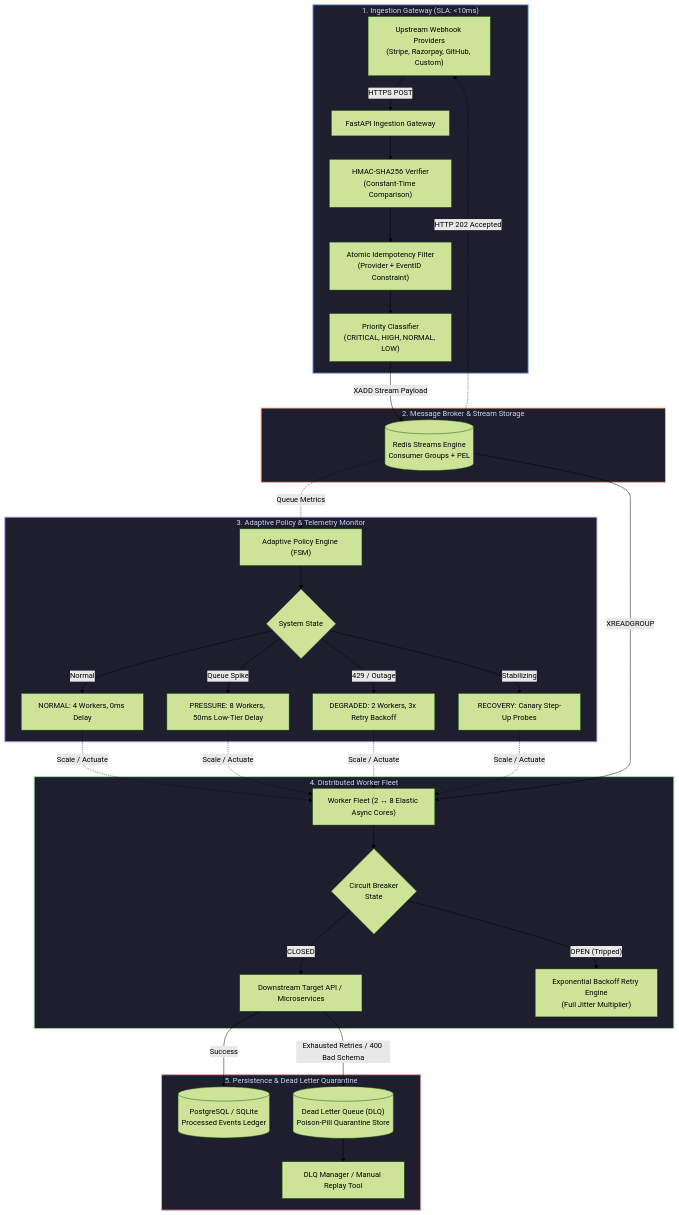
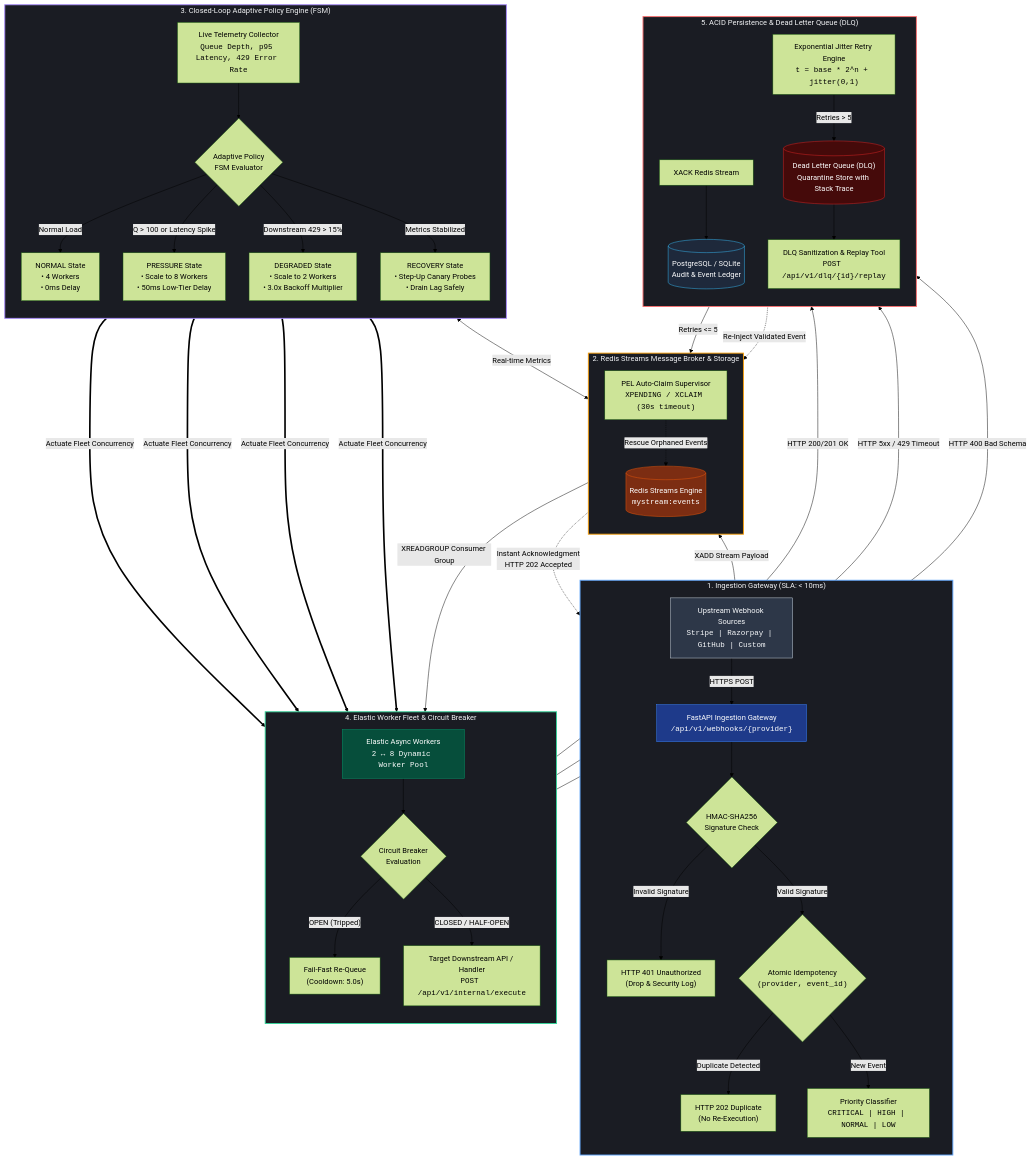
One commit to Sivasakthi-Vengatesan/eventforge changed the first of 3 diagrams in README.md. Above: the diagram before and after it, drawn with Mermaid (forest theme). The commit also changed other lines of this file, not shown here.

Commit message:
docs: add comprehensive Mermaid architecture, FSM state machine, and sequence diagrams to README

````diff
--- a/README.md
+++ b/README.md
@@ -41,43 +41,74 @@
 ```mermaid
 flowchart TD
-    subgraph Ingestion["1. Ingestion Gateway (SLA: <10ms)"]
-        PROD["Upstream Webhook Providers<br/>(Stripe, Razorpay, GitHub, Custom)"] -->|HTTPS POST| GW["FastAPI Ingestion Gateway"]
-        GW --> HMAC["HMAC-SHA256 Verifier<br/>(Constant-Time Comparison)"]
-        HMAC --> IDEM["Atomic Idempotency Filter<br/>(Provider + EventID Constraint)"]
-        IDEM --> PRIORITY["Priority Classifier<br/>(CRITICAL, HIGH, NORMAL, LOW)"]
+    %% Upstream Ingestion Tier
+    subgraph IngestionTier["1. Ingestion Gateway (SLA: < 10ms)"]
+        direction TB
+        PROV["Upstream Webhook Sources<br/><code>Stripe | Razorpay | GitHub | Custom</code>"] -->|HTTPS POST| FASTAPI["FastAPI Ingestion Gateway<br/><code>/api/v1/webhooks/{provider}</code>"]
+        FASTAPI --> HMAC{"HMAC-SHA256<br/>Signature Check"}
+        HMAC -- Invalid Signature --> REJ_401["HTTP 401 Unauthorized<br/>(Drop & Security Log)"]
+        HMAC -- Valid Signature --> IDEMP{"Atomic Idempotency<br/><code>(provider, event_id)</code>"}
+        IDEMP -- Duplicate Detected --> DUPE_202["HTTP 202 Duplicate<br/>(No Re-Execution)"]
+        IDEMP -- New Event --> CLASSIFY["Priority Classifier<br/><code>CRITICAL | HIGH | NORMAL | LOW</code>"]
     end
 
-    subgraph Broker["2. Message Broker & Stream Storage"]
-        PRIORITY -->|XADD Stream Payload| RSTREAM[("Redis Streams Engine<br/>Consumer Groups + PEL")]
-        RSTREAM -.->|HTTP 202 Accepted| PROD
+    %% Stream Broker Tier
+    subgraph BrokerTier["2. Redis Streams Message Broker & Storage"]
+        direction TB
+        CLASSIFY -->|XADD Stream Payload| RSTREAM[("Redis Streams Engine<br/><code>mystream:events</code>")]
+        RSTREAM -.->|Instant Acknowledgment<br/>HTTP 202 Accepted| FASTAPI
+        
+        PEL_MON["PEL Auto-Claim Supervisor<br/><code>XPENDING / XCLAIM (30s timeout)</code>"] -.->|Rescue Orphaned Events| RSTREAM
     end
 
-    subgraph ControlPlane["3. Adaptive Policy & Telemetry Monitor"]
-        RSTREAM -.->|Queue Metrics| ENGINE["Adaptive Policy Engine (FSM)"]
-        ENGINE --> FSM{"System State"}
-        FSM -- "Normal" --> S_NORM["NORMAL: 4 Workers, 0ms Delay"]
-        FSM -- "Queue Spike" --> S_PRES["PRESSURE: 8 Workers, 50ms Low-Tier Delay"]
-        FSM -- "429 / Outage" --> S_DEG["DEGRADED: 2 Workers, 3x Retry Backoff"]
-        FSM -- "Stabilizing" --> S_REC["RECOVERY: Canary Step-Up Probes"]
+    %% Adaptive Control Plane
+    subgraph ControlPlane["3. Closed-Loop Adaptive Policy Engine (FSM)"]
+        direction TB
+        TELEMETRY["Live Telemetry Collector<br/><code>Queue Depth, p95 Latency, 429 Error Rate</code>"] <-->|Real-time Metrics| RSTREAM
+        TELEMETRY --> FSM_DECIDE{"Adaptive Policy<br/>FSM Evaluator"}
+        
+        FSM_DECIDE -->|Normal Load| ST_NORM["NORMAL State<br/>• 4 Workers<br/>• 0ms Delay"]
+        FSM_DECIDE -->|Q > 100 or Latency Spike| ST_PRES["PRESSURE State<br/>• Scale to 8 Workers<br/>• 50ms Low-Tier Delay"]
+        FSM_DECIDE -->|Downstream 429 > 15%| ST_DEG["DEGRADED State<br/>• Scale to 2 Workers<br/>• 3.0x Backoff Multiplier"]
+        FSM_DECIDE -->|Metrics Stabilized| ST_REC["RECOVERY State<br/>• Step-Up Canary Probes<br/>• Drain Lag Safely"]
     end
 
-    subgraph Execution["4. Distributed Worker Fleet"]
-        S_NORM & S_PRES & S_DEG & S_REC -.->|Scale / Actuate| W_POOL["Worker Fleet (2 ↔ 8 Elastic Async Cores)"]
-        RSTREAM -->|XREADGROUP| W_POOL
-        W_POOL --> CB_CHECK{"Circuit Breaker<br/>State"}
-        CB_CHECK -- "CLOSED" --> DOWNSTREAM["Downstream Target API / Microservices"]
-        CB_CHECK -- "OPEN (Tripped)" --> RETRY_SCHED["Exponential Backoff Retry Engine<br/>(Full Jitter Multiplier)"]
+    %% Distributed Worker Fleet
+    subgraph WorkerFleet["4. Elastic Worker Fleet & Circuit Breaker"]
+        direction TB
+        ST_NORM & ST_PRES & ST_DEG & ST_REC ==>|Actuate Fleet Concurrency| WORKERS["Elastic Async Workers<br/><code>2 ↔ 8 Dynamic Worker Pool</code>"]
+        RSTREAM -->|XREADGROUP Consumer Group| WORKERS
+        
+        WORKERS --> CB_EVAL{"Circuit Breaker<br/>Evaluation"}
+        CB_EVAL -- "OPEN (Tripped)" --> CB_FAIL["Fail-Fast Re-Queue<br/>(Cooldown: 5.0s)"]
+        CB_EVAL -- "CLOSED / HALF-OPEN" --> DISPATCH["Target Downstream API / Handler<br/><code>POST /api/v1/internal/execute</code>"]
     end
 
-    subgraph Persistence["5. Persistence & Dead Letter Quarantine"]
-        DOWNSTREAM -- "Success" --> DB_STORE[("PostgreSQL / SQLite<br/>Processed Events Ledger")]
-        DOWNSTREAM -- "Exhausted Retries / 400 Bad Schema" --> DLQ[("Dead Letter Queue (DLQ)<br/>Poison-Pill Quarantine Store")]
-        DLQ --> REPLAY["DLQ Manager / Manual Replay Tool"]
+    %% Persistence & Quarantine
+    subgraph PersistenceTier["5. ACID Persistence & Dead Letter Queue (DLQ)"]
+        direction TB
+        DISPATCH -- "HTTP 200/201 OK" --> XACK["XACK Redis Stream"]
+        XACK --> DB_AUDIT[("PostgreSQL / SQLite<br/>Audit & Event Ledger")]
+        
+        DISPATCH -- "HTTP 5xx / 429 Timeout" --> RETRY_ENG["Exponential Jitter Retry Engine<br/><code>t = base * 2^n + jitter(0,1)</code>"]
+        RETRY_ENG -->|Retries <= 5| RSTREAM
+        RETRY_ENG -- "Retries > 5" --> DLQ_STORE[("Dead Letter Queue (DLQ)<br/>Quarantine Store with Stack Trace")]
+        DISPATCH -- "HTTP 400 Bad Schema" --> DLQ_STORE
+        
+        DLQ_STORE --> REPLAY_TOOL["DLQ Sanitization & Replay Tool<br/><code>POST /api/v1/dlq/{id}/replay</code>"]
+        REPLAY_TOOL -.->|Re-Inject Validated Event| RSTREAM
     end
 
-    style Ingestion fill:#1e1e2e,stroke:#89b4fa,stroke-width:2px,color:#cdd6f4
-    style Broker fill:#1e1e2e,stroke:#fab387,stroke-width:2px,color:#cdd6f4
-    style ControlPlane fill:#1e1e2e,stroke:#cba6f7,stroke-width:2px,color:#cdd6f4
-    style Execution fill:#1e1e2e,stroke:#a6e3a1,stroke-width:2px,color:#cdd6f4
-    style Persistence fill:#1e1e2e,stroke:#eba0ac,stroke-width:2px,color:#cdd6f4
+    %% Styling Definitions
+    style IngestionTier fill:#1a1c23,stroke:#60a5fa,stroke-width:2px,color:#f3f4f6
+    style BrokerTier fill:#1a1c23,stroke:#f59e0b,stroke-width:2px,color:#f3f4f6
+    style ControlPlane fill:#1a1c23,stroke:#a78bfa,stroke-width:2px,color:#f3f4f6
+    style WorkerFleet fill:#1a1c23,stroke:#34d399,stroke-width:2px,color:#f3f4f6
+    style PersistenceTier fill:#1a1c23,stroke:#f87171,stroke-width:2px,color:#f3f4f6
+    
+    style PROV fill:#2d3748,stroke:#cbd5e1,color:#f8fafc
+    style FASTAPI fill:#1e3a8a,stroke:#3b82f6,color:#ffffff
+    style RSTREAM fill:#7c2d12,stroke:#ea580c,color:#ffffff
+    style WORKERS fill:#064e3b,stroke:#059669,color:#ffffff
+    style DB_AUDIT fill:#1e293b,stroke:#38bdf8,color:#ffffff
+    style DLQ_STORE fill:#450a0a,stroke:#dc2626,color:#ffffff
 ```
````
